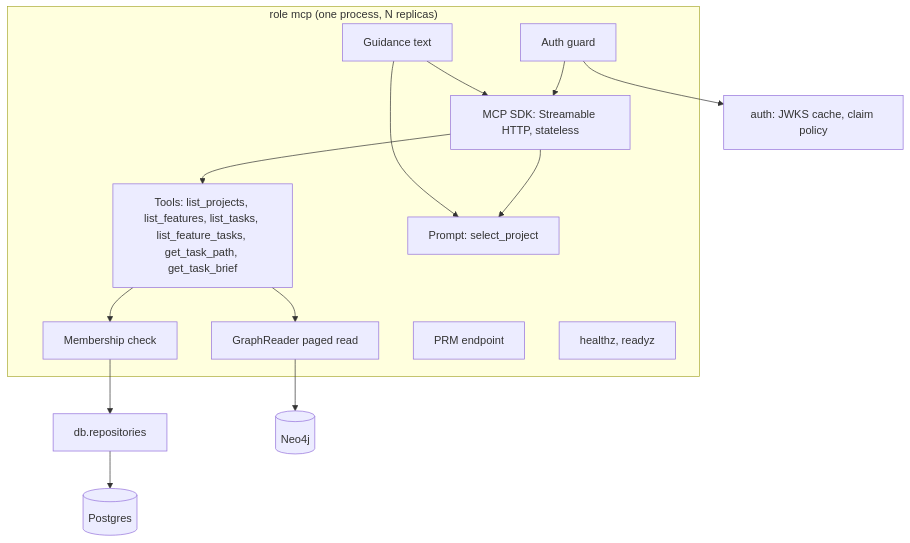
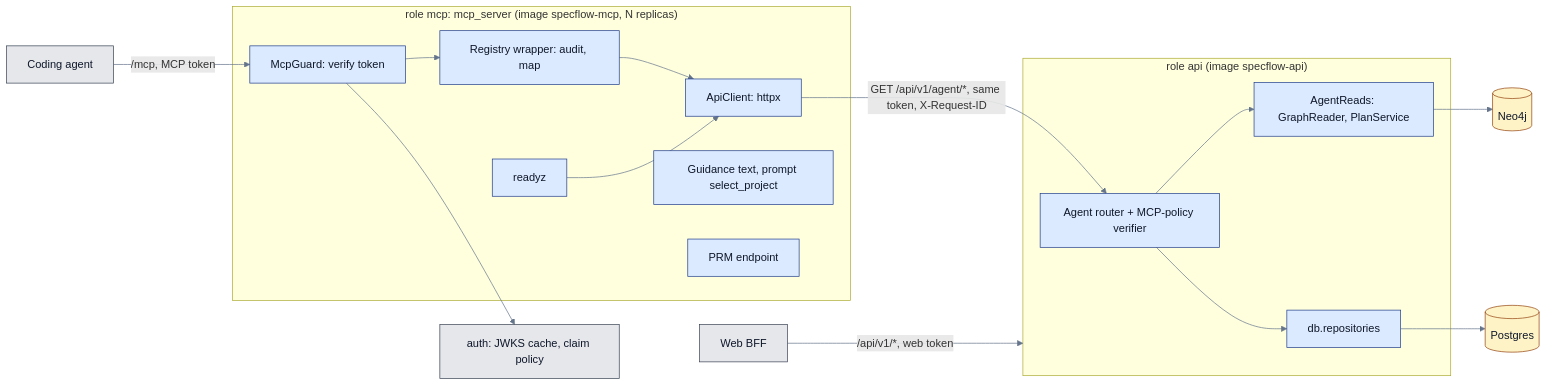
The first of 2 diagrams in docs/mcp-server/architecture.md (griddynamics/specflow), drawn with Mermaid before and after one commit. The commit also changed other lines of this file and 130 other files, not shown here.

First line of the commit message:
feat(mcp): run the MCP server as an agent router over the API, with slim per-role images (#99)

````diff
--- a/docs/mcp-server/architecture.md
+++ b/docs/mcp-server/architecture.md
@@ -18,18 +22,27 @@
 ```mermaid
-flowchart TB
-    subgraph role["role mcp (one process, N replicas)"]
-        guard[Auth guard] --> sdk[MCP SDK: Streamable HTTP, stateless]
-        sdk --> tools[Tools: list_projects, list_features, list_tasks, list_feature_tasks, get_task_path, get_task_brief]
-        sdk --> prompts[Prompt: select_project]
-        guidance[Guidance text] --> prompts
-        guidance --> sdk
-        tools --> access[Membership check]
-        tools --> reader[GraphReader paged read]
+flowchart LR
+    agent[Coding agent] -->|"/mcp, MCP token"| guard
+    subgraph mcp["role mcp: mcp_server (image specflow-mcp, N replicas)"]
+        guard[McpGuard: verify token] --> reg[Registry wrapper: audit, map]
+        reg --> client[ApiClient: httpx]
+        ready[readyz] --> client
+        guidance[Guidance text, prompt select_project]
         prm[PRM endpoint]
-        health[healthz, readyz]
     end
-    access --> repo[db.repositories]
+    guard --> jwks[auth: JWKS cache, claim policy]
+    client -->|"GET /api/v1/agent/*, same token, X-Request-ID"| agentr
+    subgraph api["role api (image specflow-api)"]
+        agentr[Agent router + MCP-policy verifier] --> reads[AgentReads: GraphReader, PlanService]
+        agentr --> repo[db.repositories]
+    end
     repo --> pg[(Postgres)]
-    reader --> neo[(Neo4j)]
-    guard --> jwks[auth: JWKS cache, claim policy]
+    reads --> neo[(Neo4j)]
+    web[Web BFF] -->|"/api/v1/*, web token"| api
+    classDef svc fill:#dbeafe,stroke:#1e3a8a,color:#0f172a
+    classDef store fill:#fef3c7,stroke:#92400e,color:#0f172a
+    classDef ext fill:#e5e7eb,stroke:#374151,color:#0f172a
+    class guard,reg,client,ready,guidance,prm,agentr,reads,repo svc
+    class pg,neo store
+    class agent,web,jwks ext
+    linkStyle default stroke:#64748b
 ```
````
